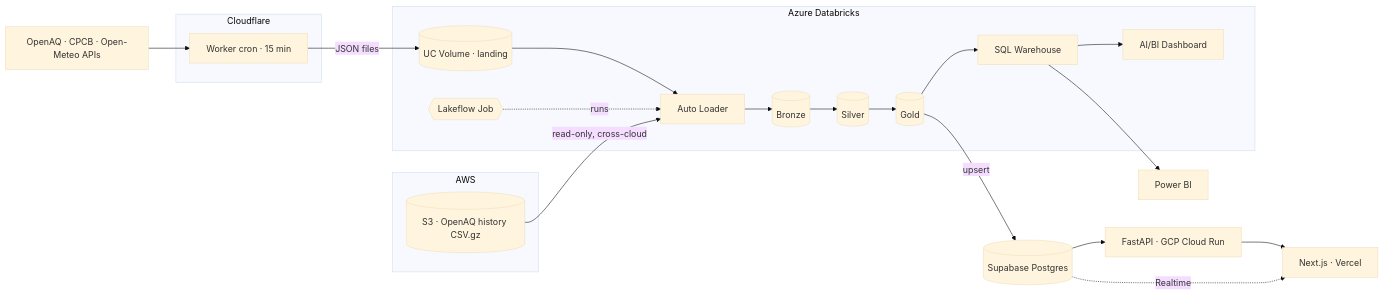
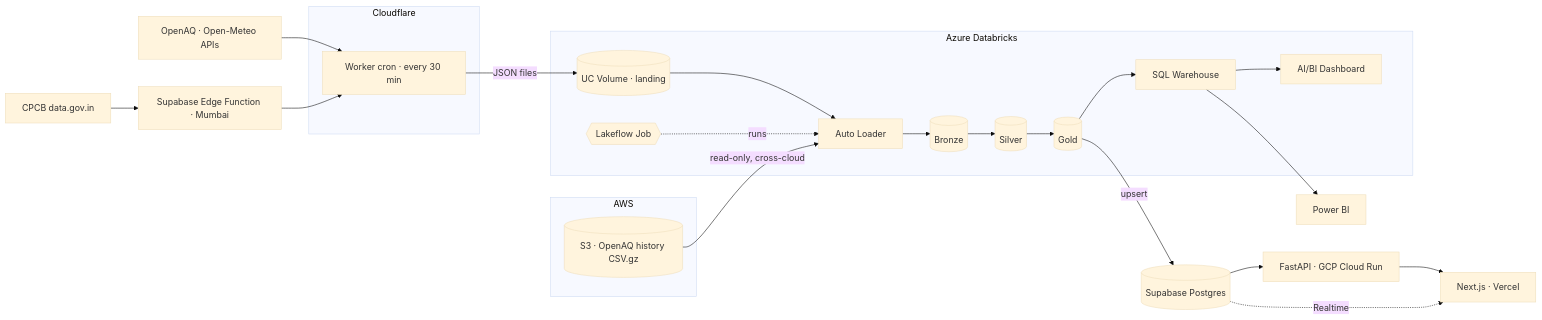
Before and after one commit to AurataX/aeris: the diagram in README.md, drawn with Mermaid (base theme). The commit also changed other lines of this file, not shown here.

````diff
--- a/README.md
+++ b/README.md
@@ -9,22 +24,23 @@
 ```mermaid
 flowchart LR
   subgraph AWS
     S3[(S3 · OpenAQ history CSV.gz)]
   end
   subgraph Cloudflare
-    W[Worker cron · 15 min]
+    W[Worker cron · every 30 min]
   end
-  APIs[OpenAQ · CPCB · Open-Meteo APIs] --> W
+  APIs[OpenAQ · Open-Meteo APIs] --> W
+  CPCB[CPCB data.gov.in] --> EF[Supabase Edge Function · Mumbai] --> W
   subgraph Azure Databricks
     V[(UC Volume · landing)] --> AL[Auto Loader] --> B[(Bronze)] --> S[(Silver)] --> G[(Gold)]
     J{{Lakeflow Job}} -.runs.-> AL
     G --> WH[SQL Warehouse]
     WH --> DB[AI/BI Dashboard]
   end
   W -->|JSON files| V
   S3 -->|read-only, cross-cloud| AL
   G -->|upsert| SB[(Supabase Postgres)]
   WH --> PBI[Power BI]
   SB --> API[FastAPI · GCP Cloud Run] --> WEB[Next.js · Vercel]
   SB -. Realtime .-> WEB
 ```
````
